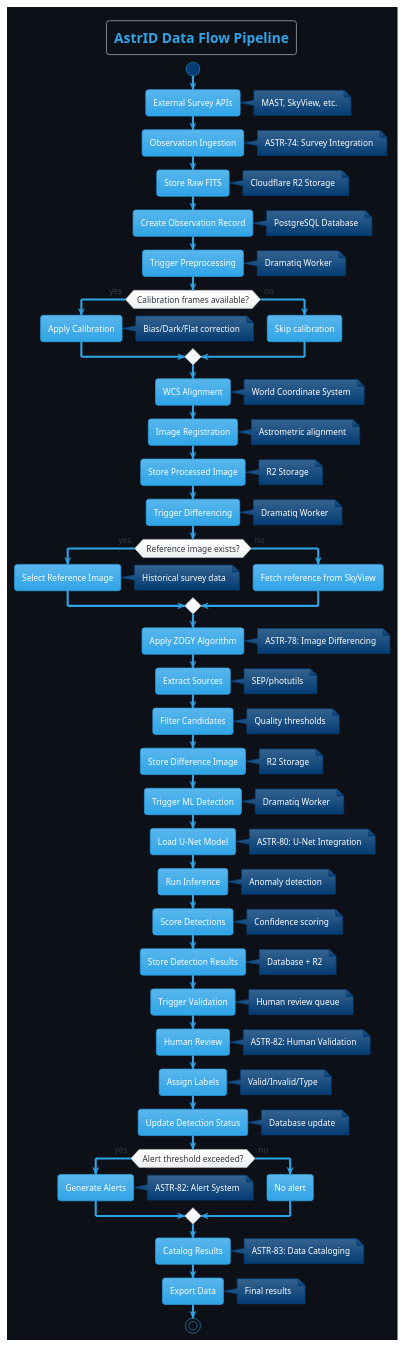
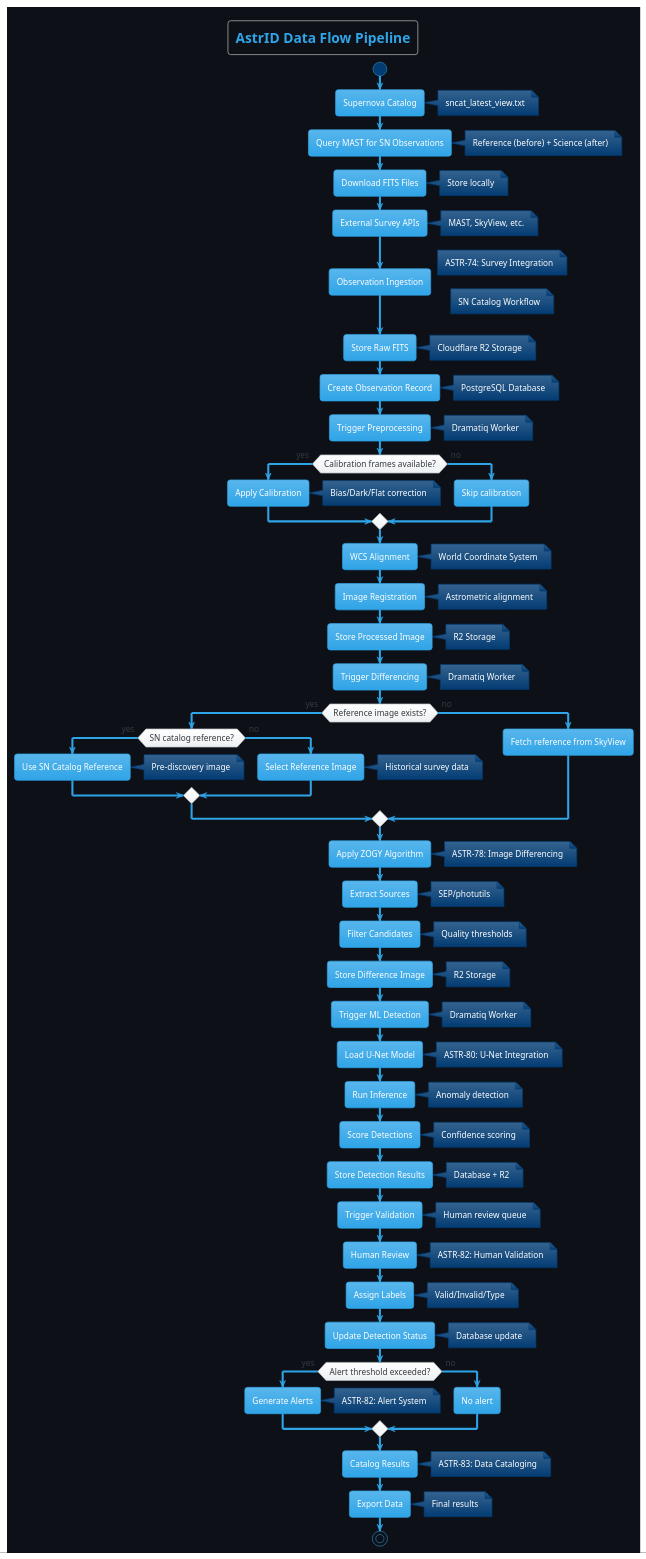
The diagram in frontend/public/docs/diagrams/data-flow-pipeline.puml (Lawrence908/AstrID), drawn with PlantUML before and after one commit. The commit also changed 10 other files, not shown here.

First line of the commit message:
Enhance data flow pipeline diagram and update database schema

```diff
--- a/frontend/public/docs/diagrams/data-flow-pipeline.puml
+++ b/frontend/public/docs/diagrams/data-flow-pipeline.puml
@@ -1,106 +1,121 @@
 @startuml AstrID Data Flow Pipeline
 !theme cerulean
 skinparam backgroundColor #0D1117
 skinparam defaultFontName Arial
 skinparam defaultFontSize 12
 
 title AstrID Data Flow Pipeline
 
 start
 
+:Supernova Catalog;
+note right: sncat_latest_view.txt
+
+:Query MAST for SN Observations;
+note right: Reference (before) + Science (after)
+
+:Download FITS Files;
+note right: Store locally
+
 :External Survey APIs;
 note right: MAST, SkyView, etc.
 
 :Observation Ingestion;
 note right: ASTR-74: Survey Integration
+note right: SN Catalog Workflow
 
 :Store Raw FITS;
 note right: Cloudflare R2 Storage
 
 :Create Observation Record;
 note right: PostgreSQL Database
 
 :Trigger Preprocessing;
 note right: Dramatiq Worker
 
 if (Calibration frames available?) then (yes)
   :Apply Calibration;
   note right: Bias/Dark/Flat correction
 else (no)
   :Skip calibration;
 endif
 
 :WCS Alignment;
 note right: World Coordinate System
 
 :Image Registration;
 note right: Astrometric alignment
 
 :Store Processed Image;
 note right: R2 Storage
 
 :Trigger Differencing;
 note right: Dramatiq Worker
 
 if (Reference image exists?) then (yes)
-  :Select Reference Image;
-  note right: Historical survey data
+  if (SN catalog reference?) then (yes)
+    :Use SN Catalog Reference;
+    note right: Pre-discovery image
+  else (no)
+    :Select Reference Image;
+    note right: Historical survey data
+  endif
 else (no)
   :Fetch reference from SkyView;
 endif
 
 :Apply ZOGY Algorithm;
 note right: ASTR-78: Image Differencing
 
 :Extract Sources;
 note right: SEP/photutils
 
 :Filter Candidates;
 note right: Quality thresholds
 
 :Store Difference Image;
 note right: R2 Storage
 
 :Trigger ML Detection;
 note right: Dramatiq Worker
 
 :Load U-Net Model;
 note right: ASTR-80: U-Net Integration
 
 :Run Inference;
 note right: Anomaly detection
 
 :Score Detections;
 note right: Confidence scoring
 
 :Store Detection Results;
 note right: Database + R2
 
 :Trigger Validation;
 note right: Human review queue
 
 :Human Review;
 note right: ASTR-82: Human Validation
 
 :Assign Labels;
 note right: Valid/Invalid/Type
 
 :Update Detection Status;
 note right: Database update
 
 if (Alert threshold exceeded?) then (yes)
   :Generate Alerts;
   note right: ASTR-82: Alert System
 else (no)
   :No alert;
 endif
 
 :Catalog Results;
 note right: ASTR-83: Data Cataloging
 
 :Export Data;
 note right: Final results
 
 stop
 
 @enduml
```
